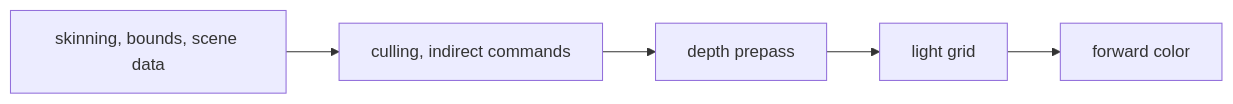
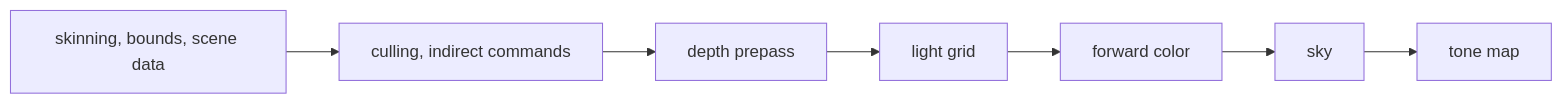
Before and after one commit to TareHimself/rin: the third of 3 diagrams in Engine/Rin.World/ReadMe.md, drawn with Mermaid. The commit also changed other lines of this file and 65 other files, not shown here.

````diff
--- a/Engine/Rin.World/ReadMe.md
+++ b/Engine/Rin.World/ReadMe.md
@@ -133,4 +150,4 @@
 ```mermaid
 flowchart LR
-    S["skinning, bounds, scene data"] --> C["culling, indirect commands"] --> D["depth prepass"] --> LG["light grid"] --> F["forward color"]
+    S["skinning, bounds, scene data"] --> C["culling, indirect commands"] --> D["depth prepass"] --> LG["light grid"] --> F["forward color"] --> K["sky"] --> T["tone map"]
 ```
````
